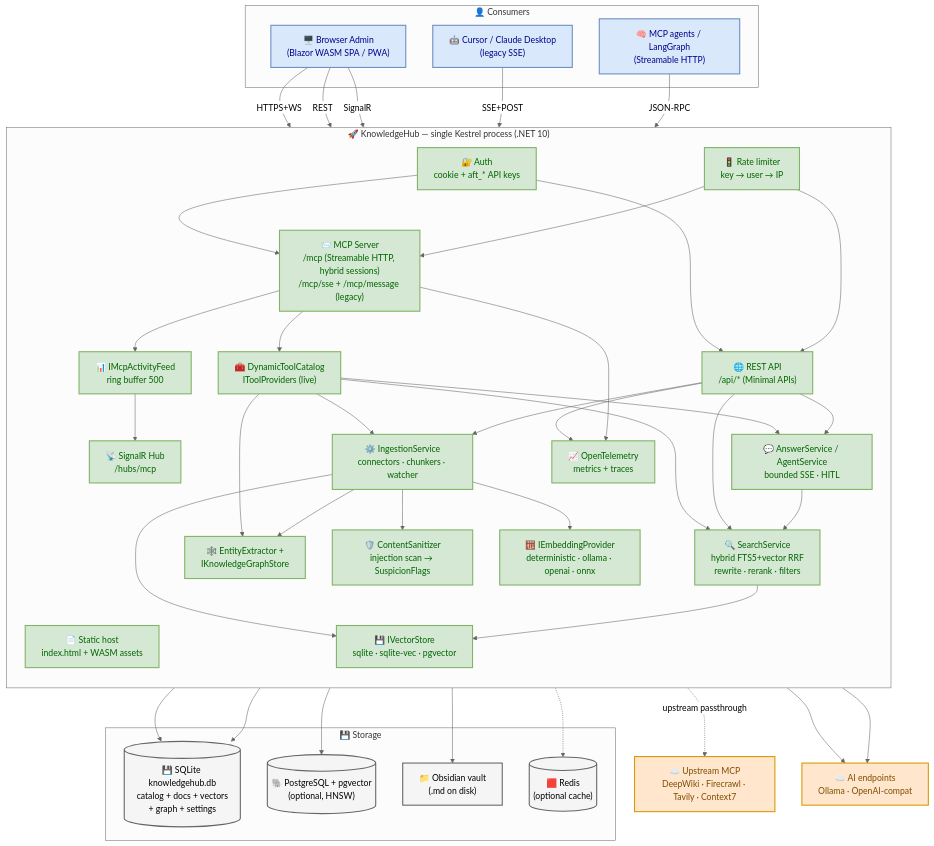
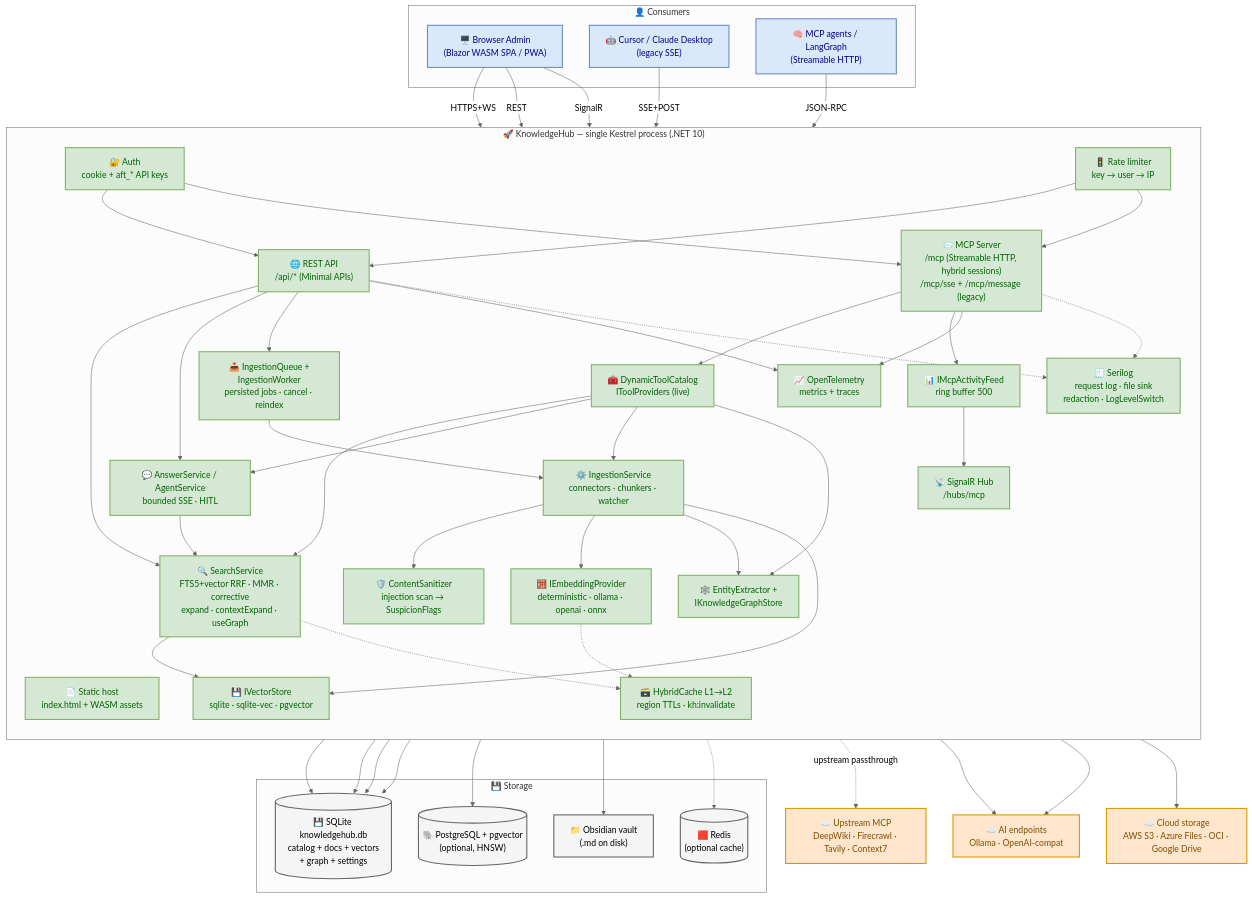
Before and after one commit to afonsoft/LangGraph-UI: the diagram in docs/architecture/knowledge-hub_context_container.mmd, drawn with Mermaid. The commit also changed 10 other files, not shown here.

First line of the commit message:
docs(architecture): refresh diagrams + ADRs for ingestion queue, cache, pgvector (#230)

```diff
--- a/docs/architecture/knowledge-hub_context_container.mmd
+++ b/docs/architecture/knowledge-hub_context_container.mmd
@@ -1,83 +1,95 @@
 %%{init: {'theme':'neutral'}}%%
 flowchart TB
     subgraph Clients["👤 Consumers"]
         UI["🖥️ Browser Admin<br/>(Blazor WASM SPA / PWA)"]
         CUR["🤖 Cursor / Claude Desktop<br/>(legacy SSE)"]
         AG["🧠 MCP agents / LangGraph<br/>(Streamable HTTP)"]
     end
 
     subgraph KH["🚀 KnowledgeHub — single Kestrel process (.NET 10)"]
         direction TB
         SPA["📄 Static host<br/>index.html + WASM assets"]
         API["🌐 REST API<br/>/api/* (Minimal APIs)"]
         MCP["📨 MCP Server<br/>/mcp (Streamable HTTP, hybrid sessions)<br/>/mcp/sse + /mcp/message (legacy)"]
         HUB["📡 SignalR Hub<br/>/hubs/mcp"]
         AUTH["🔐 Auth<br/>cookie + aft_* API keys"]
         RL["🚦 Rate limiter<br/>key → user → IP"]
         CAT["🧰 DynamicToolCatalog<br/>IToolProviders (live)"]
+        QUEUE["📥 IngestionQueue +<br/>IngestionWorker<br/>persisted jobs · cancel · reindex"]
         ING["⚙️ IngestionService<br/>connectors · chunkers · watcher"]
         SEC["🛡️ ContentSanitizer<br/>injection scan → SuspicionFlags"]
         GRAPH["🕸️ EntityExtractor +<br/>IKnowledgeGraphStore"]
-        SRCH["🔍 SearchService<br/>hybrid FTS5+vector RRF<br/>rewrite · rerank · filters"]
+        SRCH["🔍 SearchService<br/>FTS5+vector RRF · MMR · corrective<br/>expand · contextExpand · useGraph"]
         ANS["💬 AnswerService / AgentService<br/>bounded SSE · HITL"]
         EMB["🧮 IEmbeddingProvider<br/>deterministic · ollama · openai · onnx"]
         VEC["💾 IVectorStore<br/>sqlite · sqlite-vec · pgvector"]
+        CACHE["🗃️ HybridCache L1→L2<br/>region TTLs · kh:invalidate"]
+        LOG["🧾 Serilog<br/>request log · file sink<br/>redaction · LogLevelSwitch"]
         TEL["📈 OpenTelemetry<br/>metrics + traces"]
         FEED["📊 IMcpActivityFeed<br/>ring buffer 500"]
     end
 
     subgraph Stores["💾 Storage"]
         SQL[("💾 SQLite knowledgehub.db<br/>catalog + docs + vectors<br/>+ graph + settings")]
         PG[("🐘 PostgreSQL + pgvector<br/>(optional, HNSW)")]
         VAULT["📁 Obsidian vault<br/>(.md on disk)"]
         REDIS[("🟥 Redis<br/>(optional cache)")]
     end
 
     UP["☁️ Upstream MCP<br/>DeepWiki · Firecrawl · Tavily · Context7"]
     LLM["☁️ AI endpoints<br/>Ollama · OpenAI-compat"]
+    CLOUD["☁️ Cloud storage<br/>AWS S3 · Azure Files · OCI · Google Drive"]
 
     UI -->|HTTPS+WS| SPA
     UI -->|REST| API
     UI -->|SignalR| HUB
     CUR -->|SSE+POST| MCP
     AG -->|JSON-RPC| MCP
 
     AUTH --> API
     AUTH --> MCP
     RL --> API
     RL --> MCP
     MCP --> CAT
     MCP --> FEED
     FEED --> HUB
     CAT --> SRCH
     CAT --> ANS
     CAT --> ING
     CAT --> GRAPH
     API --> SRCH
     API --> ANS
-    API --> ING
+    API --> QUEUE
+    QUEUE --> ING
     ING --> SEC
     ING --> EMB
     ING --> GRAPH
     ING --> VAULT
+    ING --> CLOUD
     ING --> VEC
+    ING --> SQL
     SRCH --> VEC
+    SRCH -.-> CACHE
+    EMB -.-> CACHE
     ANS --> SRCH
     ANS --> LLM
     EMB --> LLM
     VEC --> SQL
     GRAPH --> SQL
+    QUEUE --> SQL
     VEC --> PG
-    VEC -.-> REDIS
+    CACHE -.-> REDIS
     CAT -.->|upstream passthrough| UP
     API --> TEL
     MCP --> TEL
+    API -.-> LOG
+    MCP -.-> LOG
 
     classDef client fill:#dae8fc,stroke:#6c8ebf,stroke-width:2px,color:darkblue
     classDef core fill:#d5e8d4,stroke:#82b366,stroke-width:2px,color:darkgreen
     classDef store fill:#f5f5f5,stroke:#666666,stroke-width:2px,color:black
     classDef ext fill:#ffe6cc,stroke:#d79b00,stroke-width:2px,color:#7f4d00
     class UI,CUR,AG client
-    class SPA,API,MCP,HUB,AUTH,RL,CAT,ING,SEC,GRAPH,SRCH,ANS,EMB,VEC,TEL,FEED core
+    class SPA,API,MCP,HUB,AUTH,RL,CAT,QUEUE,ING,SEC,GRAPH,SRCH,ANS,EMB,VEC,CACHE,LOG,TEL,FEED core
     class SQL,PG,VAULT,REDIS store
-    class UP,LLM ext
+    class UP,LLM,CLOUD ext
```
